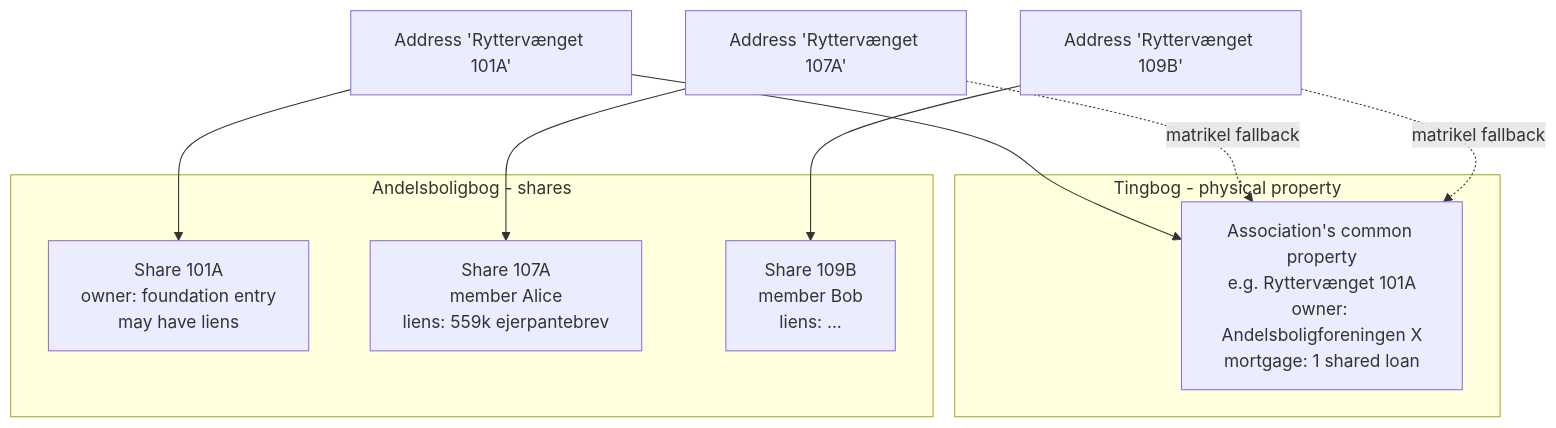
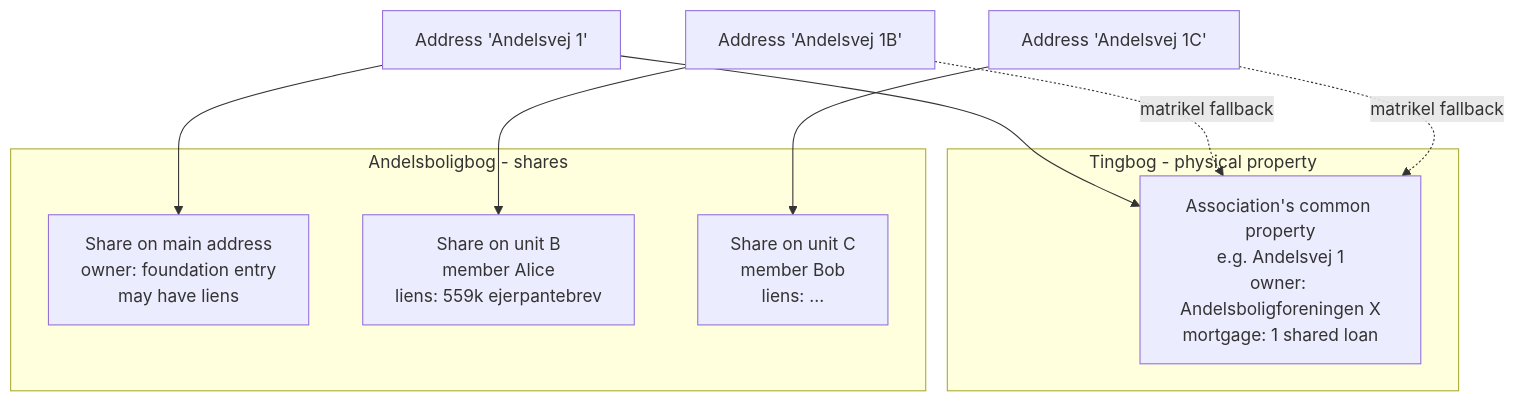
Before and after one commit to Doessing/nosynabo: the third of 3 diagrams in README.md, drawn with Mermaid. The commit also changed other lines of this file, not shown here.

Commit message:
Use generic placeholder address in cooperative housing example

````diff
--- a/README.md
+++ b/README.md
@@ -226,19 +226,19 @@
 ```mermaid
 flowchart TB
     subgraph Ejendomsoeg [Tingbog - physical property]
-        P["Association's common property<br/>e.g. Rytterv&aelig;nget 101A<br/>owner: Andelsboligforeningen X<br/>mortgage: 1 shared loan"]
+        P["Association's common property<br/>e.g. Andelsvej 1<br/>owner: Andelsboligforeningen X<br/>mortgage: 1 shared loan"]
     end
 
     subgraph Andelsoeg [Andelsboligbog - shares]
-        S1["Share 101A<br/>owner: foundation entry<br/>may have liens"]
-        S2["Share 107A<br/>member Alice<br/>liens: 559k ejerpantebrev"]
-        S3["Share 109B<br/>member Bob<br/>liens: ..."]
+        S1["Share on main address<br/>owner: foundation entry<br/>may have liens"]
+        S2["Share on unit B<br/>member Alice<br/>liens: 559k ejerpantebrev"]
+        S3["Share on unit C<br/>member Bob<br/>liens: ..."]
     end
 
-    ADDR1["Address 'Rytterv&aelig;nget 101A'"] --> P
+    ADDR1["Address 'Andelsvej 1'"] --> P
     ADDR1 --> S1
-    ADDR2["Address 'Rytterv&aelig;nget 107A'"] -.matrikel fallback.-> P
+    ADDR2["Address 'Andelsvej 1B'"] -.matrikel fallback.-> P
     ADDR2 --> S2
-    ADDR3["Address 'Rytterv&aelig;nget 109B'"] -.matrikel fallback.-> P
+    ADDR3["Address 'Andelsvej 1C'"] -.matrikel fallback.-> P
     ADDR3 --> S3
 ```
````
